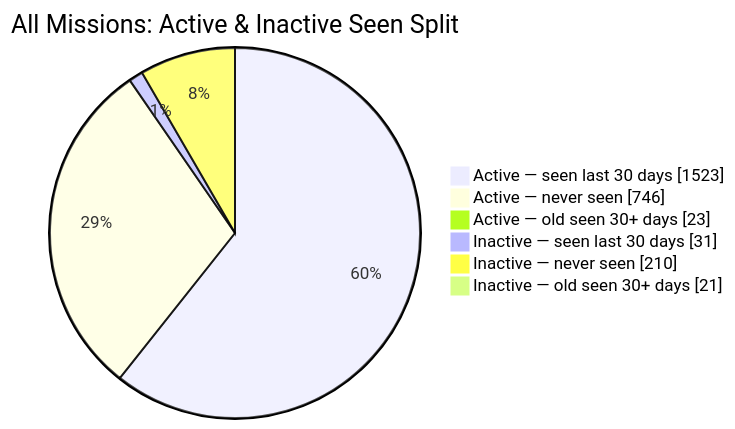
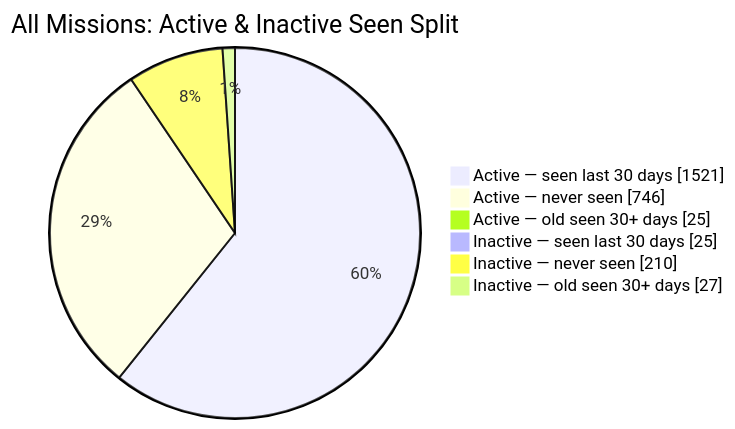
Before and after one commit to MeldkamerspelGameTeam/active-missions: the second of 2 diagrams in README.md, drawn with Mermaid. The commit also changed other lines of this file and 2 other files, not shown here.

````diff
--- a/README.md
+++ b/README.md
@@ -44,10 +44,10 @@
 ```mermaid
 pie showData
     title All Missions: Active & Inactive Seen Split
-    "Active — seen last 30 days" : 1523
+    "Active — seen last 30 days" : 1521
     "Active — never seen" : 746
-    "Active — old seen 30+ days" : 23
-    "Inactive — seen last 30 days" : 31
+    "Active — old seen 30+ days" : 25
+    "Inactive — seen last 30 days" : 25
     "Inactive — never seen" : 210
-    "Inactive — old seen 30+ days" : 21
+    "Inactive — old seen 30+ days" : 27
 ```
````
